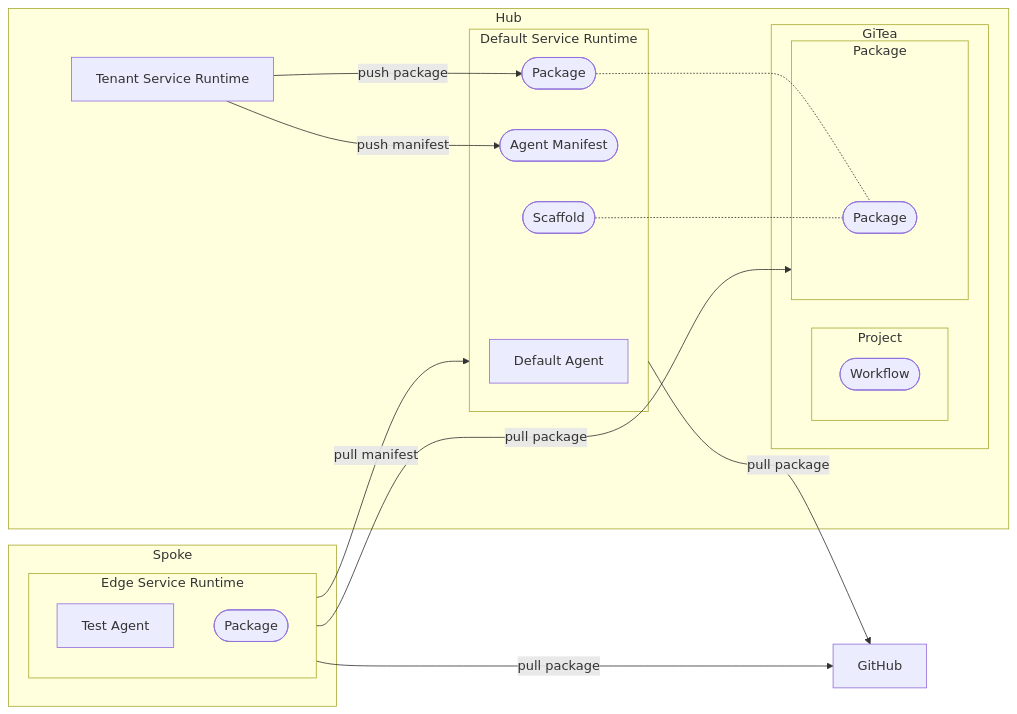
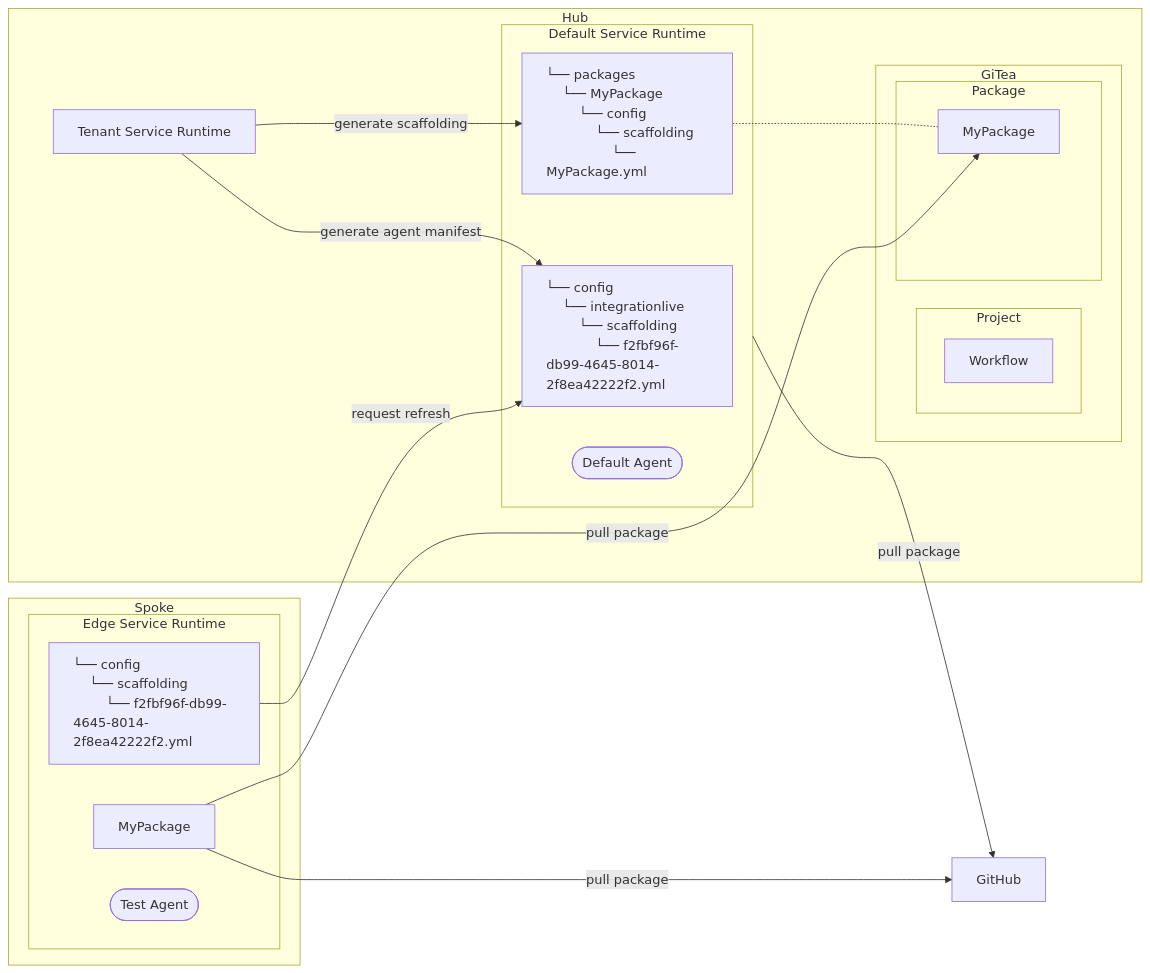
One commit to t-ibm/didymus changed the diagram in app/src/doc/templates/origin.mmd. Above: the diagram before and after it, drawn with Mermaid.

Commit message:
Adding more details to the Origin graph

```diff
--- a/app/src/doc/templates/origin.mmd
+++ b/app/src/doc/templates/origin.mmd
@@ -1,33 +1,51 @@
+%%{
+  init: {
+    'themeVariables': {
+      'fontFamily': 'monospace'
+    }
+  }
+}%%
 flowchart LR
   github[GitHub]
   subgraph hub[Hub]
     hub.tsr["Tenant Service Runtime"]
     subgraph hub.git["GiTea"]
       subgraph hub.git.project["Project"]
-        hub.git.project.wf(["Workflow"])
+        hub.git.project.wf["Workflow"]
       end
       subgraph hub.git.pkg["Package"]
-        hub.git.pkg.pkg(["Package"])
+        hub.git.pkg.my["MyPackage"]
       end
     end
     subgraph hub.svc["Default Service Runtime"]
-      hub.svc.agent["Default Agent"]
-      hub.svc.am(["Agent Manifest"])
-      hub.svc.scaffold(["Scaffold"])
-      hub.svc.pkg(["Package"])
+      hub.svc.am["<div style='text-align: left;'>└── config
+#8200;#8200;#8200;#8200;└── integrationlive
+#8200;#8200;#8200;#8200;#8200;#8200;#8200;#8200;└── scaffolding
+#8200;#8200;#8200;#8200;#8200;#8200;#8200;#8200;#8200;#8200;#8200;#8200;└── f2fbf96f-db99-4645-8014-2f8ea42222f2.yml
+</div>"]
+      hub.svc.scaffold["<div style='text-align: left;'>└── packages
+#8200;#8200;#8200;#8200;└── MyPackage
+#8200;#8200;#8200;#8200;#8200;#8200;#8200;#8200;└── config
+#8200;#8200;#8200;#8200;#8200;#8200;#8200;#8200;#8200;#8200;#8200;#8200;└── scaffolding
+#8200;#8200;#8200;#8200;#8200;#8200;#8200;#8200;#8200;#8200;#8200;#8200;#8200;#8200;#8200;#8200;└── MyPackage.yml
+</div>"]
+      hub.svc.agent(["Default Agent"])
     end
   end
   subgraph spoke [Spoke]
     subgraph spoke.svc["Edge Service Runtime"]
-      spoke.svc.agent["Test Agent"]
-      spoke.svc.pkg(["Package"])
+      spoke.svc.am["<div style='text-align: left;'>└── config
+#8200;#8200;#8200;#8200;└── scaffolding
+#8200;#8200;#8200;#8200;#8200;#8200;#8200;#8200;└── f2fbf96f-db99-4645-8014-2f8ea42222f2.yml
+</div>"]
+      spoke.svc.pkg["MyPackage"]
+      spoke.svc.agent(["Test Agent"])
     end
   end
-  hub.tsr -- push manifest --> hub.svc.am
-  hub.tsr -- push package --> hub.svc.pkg
-  hub.svc.pkg -.- hub.git.pkg.pkg
-  hub.svc.scaffold -.- hub.git.pkg.pkg
+  hub.tsr -- generate scaffolding --> hub.svc.scaffold
+  hub.tsr -- generate agent manifest --> hub.svc.am
+  hub.svc.scaffold -.- hub.git.pkg.my
   hub.svc -- pull package --> github
-  spoke.svc -- pull manifest --> hub.svc
-  spoke.svc -- pull package --> hub.git.pkg
-  spoke.svc -- pull package --> github
+  spoke.svc.am -- request refresh --> hub.svc.am
+  spoke.svc.pkg -- pull package --> hub.git.pkg.my
+  spoke.svc.pkg -- pull package --> github
```
